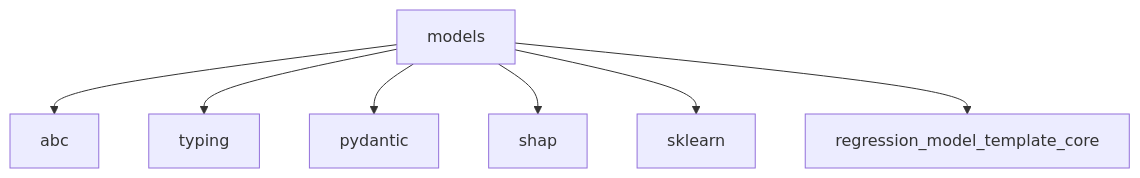
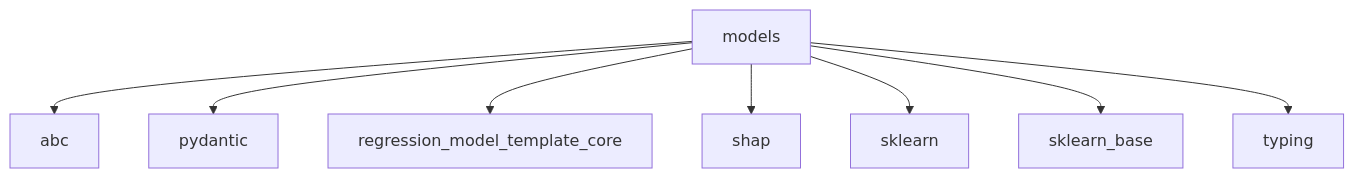
Before and after one commit to lgcorzo/mlops-python-package: the second of 2 diagrams in wiki/models.md, drawn with Mermaid. The commit also changed other lines of this file and 31 other files, not shown here.

````diff
--- a/wiki/models.md
+++ b/wiki/models.md
@@ -46,9 +46,11 @@
 ```mermaid
 flowchart TD
+
     models --> abc
-    models --> typing
     models --> pydantic
+    models --> regression_model_template_core
     models --> shap
     models --> sklearn
-    models --> regression_model_template_core
+    models --> sklearn_base
+    models --> typing
 ```
````
